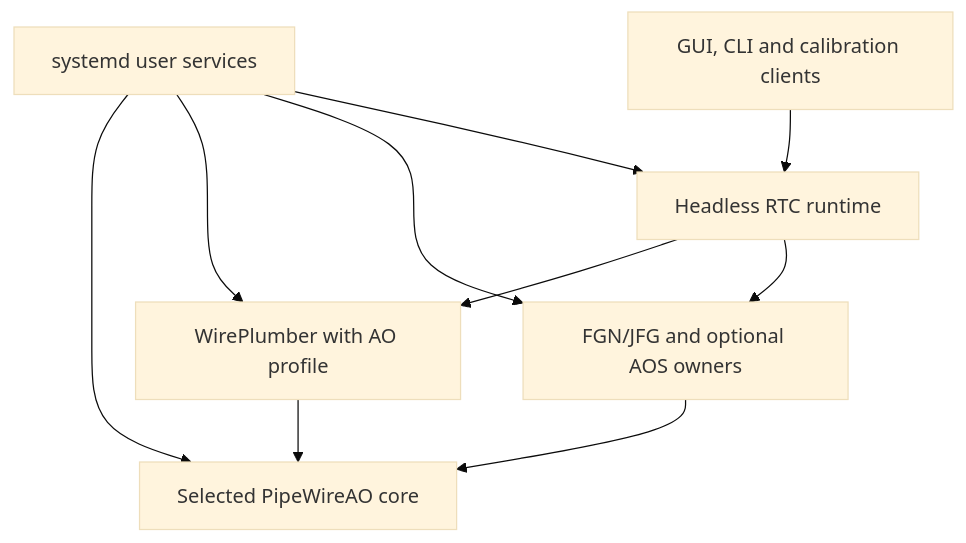
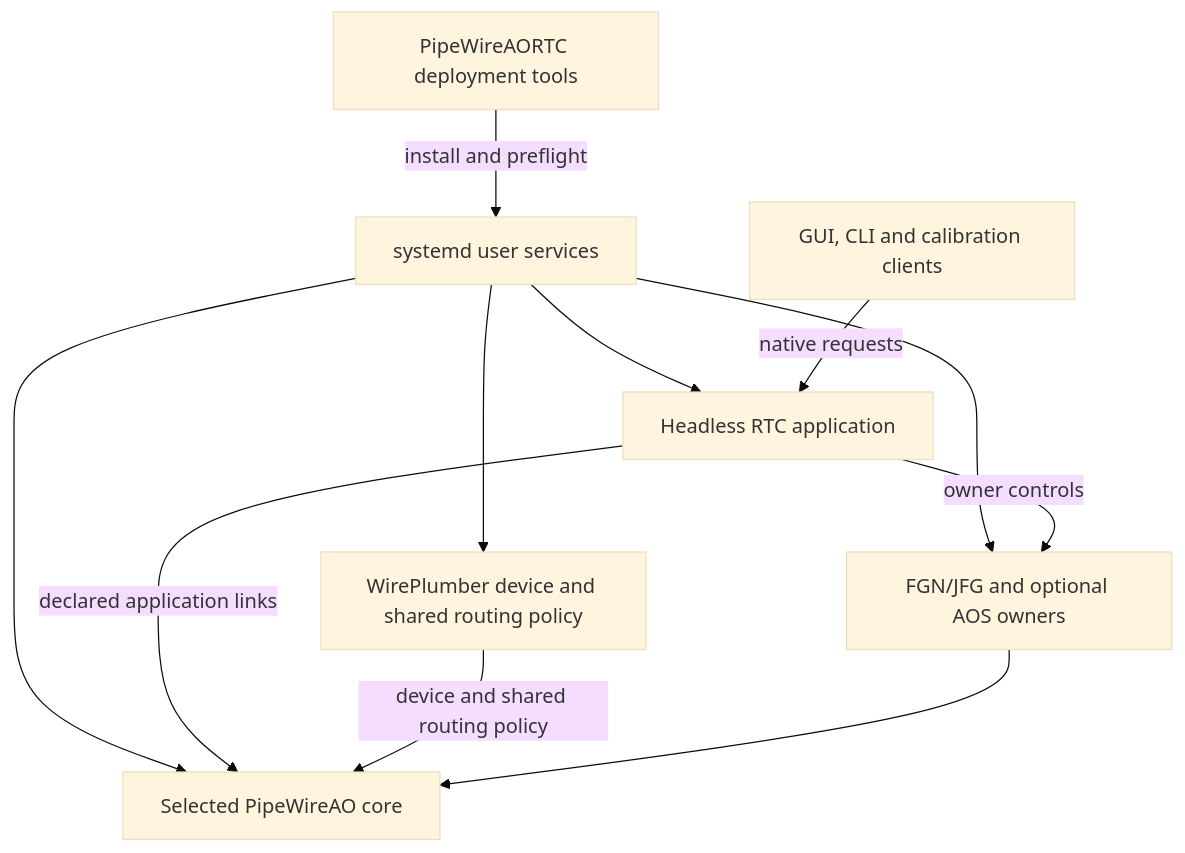
The second of 2 diagrams in docs/ECOSYSTEM_INTEGRATION.md (DarrylGamroth/pipewireao-rtc), drawn with Mermaid (base theme) before and after one commit. The commit also changed other lines of this file and 123 other files, not shown here.

First line of the commit message:
Move application lifecycle and connections into the headless RTC

````diff
--- a/docs/ECOSYSTEM_INTEGRATION.md
+++ b/docs/ECOSYSTEM_INTEGRATION.md
@@ -73,18 +89,20 @@
 ```mermaid
 flowchart TD
     Systemd["systemd user services"]
     Core["Selected PipeWireAO core"]
-    WP["WirePlumber with AO profile"]
+    RTC["Headless RTC application"]
+    WP["WirePlumber device and shared routing policy"]
     Owners["FGN/JFG and optional AOS owners"]
-    Runtime["Headless RTC runtime"]
+    Tools["PipeWireAORTC deployment tools"]
     Clients["GUI, CLI and calibration clients"]
     Systemd --> Core
+    Systemd --> RTC
     Systemd --> WP
     Systemd --> Owners
-    Systemd --> Runtime
-    Clients --> Runtime
-    Runtime --> WP
-    Runtime --> Owners
-    WP --> Core
+    Tools -->|install and preflight| Systemd
+    Clients -->|native requests| RTC
+    RTC -->|owner controls| Owners
+    RTC -->|declared application links| Core
+    WP -->|device and shared routing policy| Core
     Owners --> Core
 ```
````
